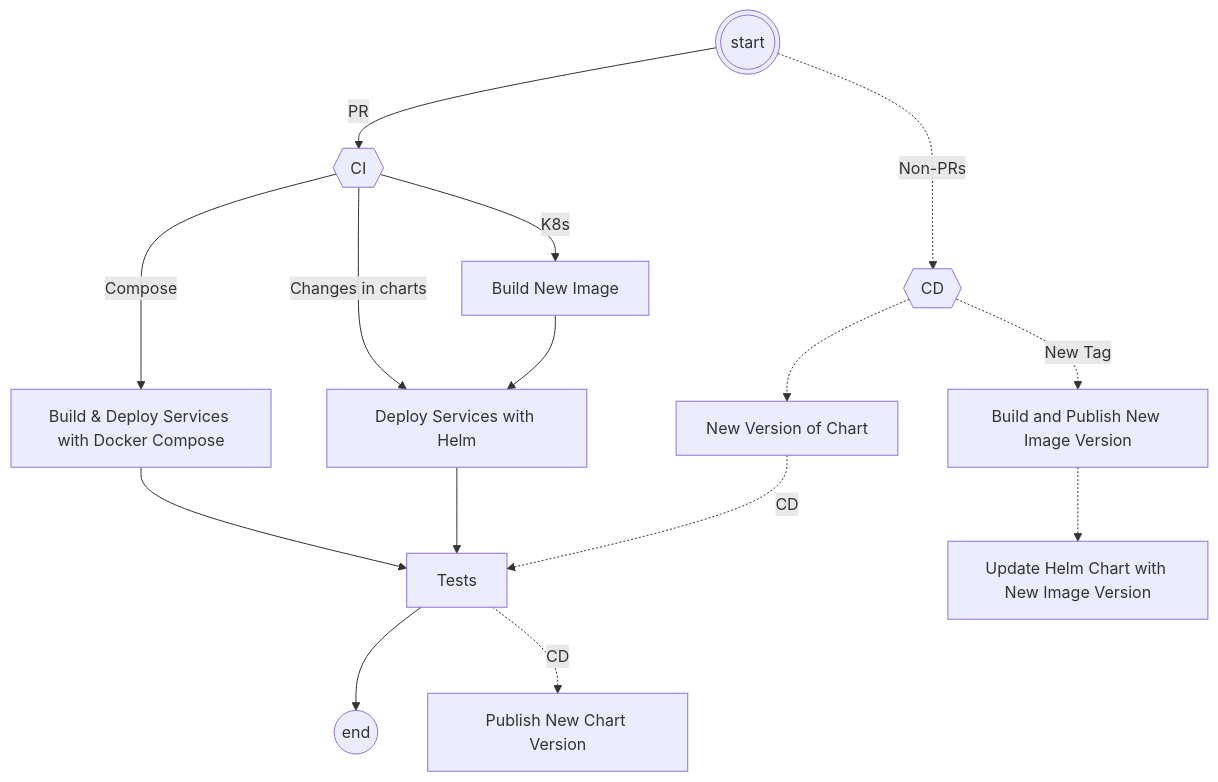
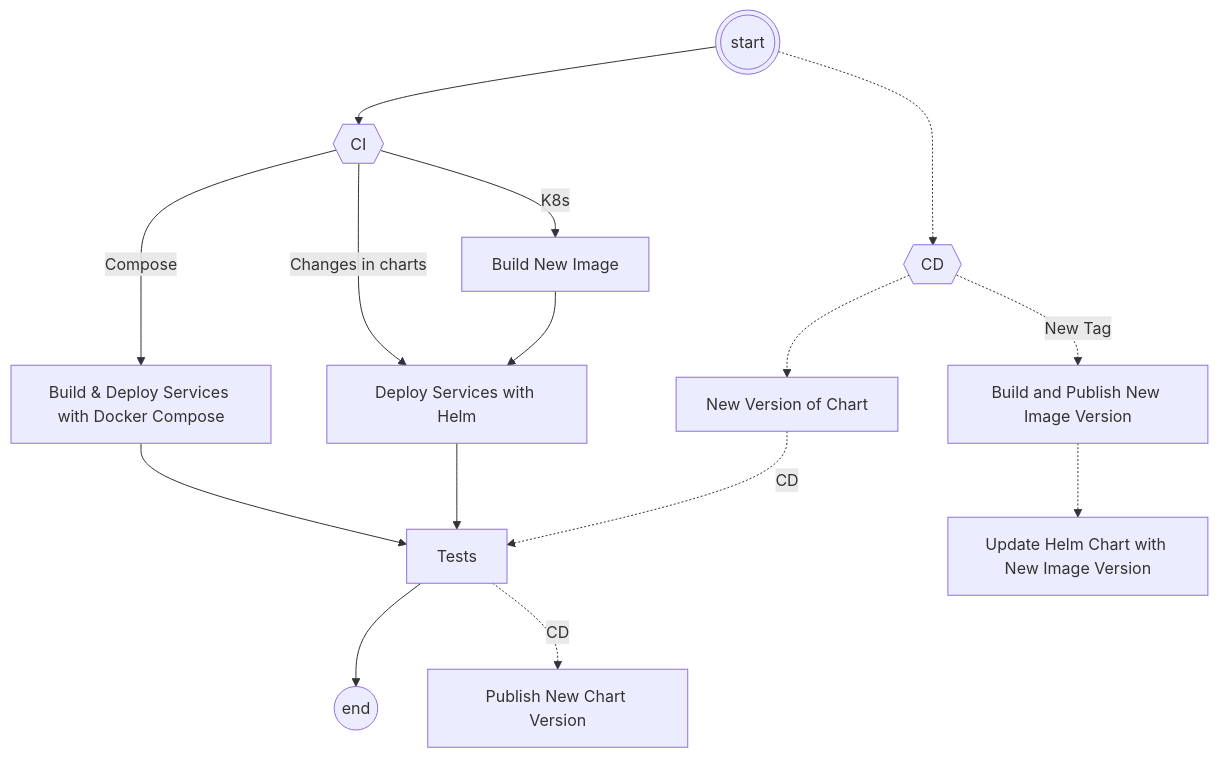
The second of 2 diagrams in README.md (arthurjguerra/revwallet), drawn with Mermaid before and after one commit.

Commit message:
feat: revamp cicd

````diff
--- a/README.md
+++ b/README.md
@@ -125,19 +125,19 @@
 ```mermaid
 flowchart TD
-    start(((start))) --> |PR| CI
+    start(((start))) --> CI
     CI{{CI}} --> |Compose| BuildAndDeployDockerCompose[Build & Deploy Services with Docker Compose]
     BuildAndDeployDockerCompose --> Tests
     CI --> |Changes in charts| DeployServicesHelm
     CI{{CI}} --> |K8s| BuildNewImage[Build New Image]
     BuildNewImage --> DeployServicesHelm[Deploy Services with Helm]
     DeployServicesHelm --> Tests
     Tests --> finish((end))
 
 
-    start(((start))) -.-> |Non-PRs| CD{{CD}}
+    start(((start))) -.-> CD{{CD}}
     CD -.-> NewChartVersion[New Version of Chart]
     NewChartVersion -.-> |CD| Tests
     Tests -.-> |CD| PublishNewChart[Publish New Chart Version]
     CD -.-> |New Tag| BuildNewImageVersion[Build and Publish New Image Version]
     BuildNewImageVersion -.-> UpdateHelmValues[Update Helm Chart with New Image Version]
 ```
````
